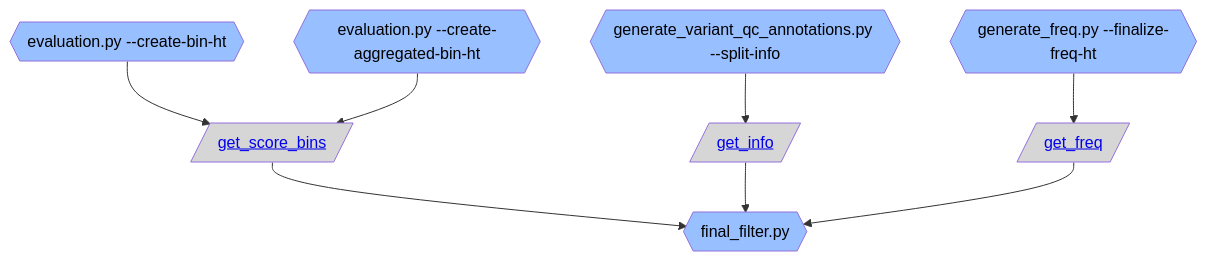
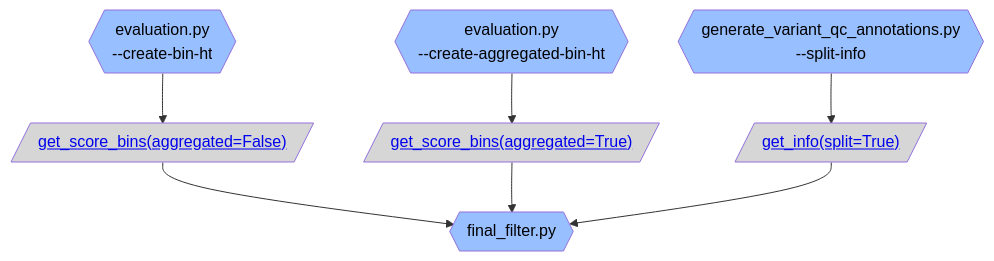
Before and after one commit to broadinstitute/gnomad_qc: the fourth of 5 diagrams in gnomad_qc/v4/variant_qc/README.md, drawn with Mermaid. The commit also changed other lines of this file and 3 other files, not shown here.

````diff
--- a/gnomad_qc/v4/variant_qc/README.md
+++ b/gnomad_qc/v4/variant_qc/README.md
@@ -152,26 +212,27 @@
 ```mermaid
 flowchart TB;
   classDef script_color fill:#2C5D4A,color:#000000
   classDef step_color fill:#98BFFF,color:#000000
   classDef func_color fill:#E0D5E6,color:#000000
   classDef gnomad_methods_color fill:#F9F2CE,color:#000000
   classDef hail_color fill:#FAEACE,color:#000000
   classDef resource_color fill:#D6D6D6,color:#000000
   classDef validity_check_color fill:#2C5D4A,color:#000000
 
-  step_create_bin_ht{{"evaluation.py --create-bin-ht"}}:::step_color;
-  resource_get_score_bins[/"<a href='https://github.com/broadinstitute/gnomad_qc/tree/main/gnomad_qc/v4/resources/variant_qc.py#L156'>get_score_bins</a>"/]:::resource_color;
+  step_create_bin_ht{{"evaluation.py
+--create-bin-ht"}}:::step_color;
+  resource_get_score_bins_aggregated_False[/"<a href='https://github.com/broadinstitute/gnomad_qc/tree/main/gnomad_qc/v4/resources/variant_qc.py#L156'>get_score_bins(aggregated=False)</a>"/]:::resource_color;
   step_final_filter.py{{"final_filter.py"}}:::step_color;
-  step_create_aggregated_bin_ht{{"evaluation.py --create-aggregated-bin-ht"}}:::step_color;
-  step_split_info{{"generate_variant_qc_annotations.py --split-info"}}:::step_color;
-  resource_get_info[/"<a href='https://github.com/broadinstitute/gnomad_qc/tree/main/gnomad_qc/v4/resources/annotations.py#L47'>get_info</a>"/]:::resource_color;
-  step_finalize_freq_ht{{"generate_freq.py --finalize-freq-ht"}}:::step_color;
-  resource_get_freq[/"<a href='https://github.com/broadinstitute/gnomad_qc/tree/main/gnomad_qc/v4/resources/annotations.py#L284'>get_freq</a>"/]:::resource_color;
-  step_create_bin_ht --> resource_get_score_bins;
-  resource_get_score_bins --> step_final_filter.py;
-  step_create_aggregated_bin_ht --> resource_get_score_bins;
-  step_split_info --> resource_get_info;
-  resource_get_info --> step_final_filter.py;
-  step_finalize_freq_ht --> resource_get_freq;
-  resource_get_freq --> step_final_filter.py;
+  step_create_aggregated_bin_ht{{"evaluation.py
+--create-aggregated-bin-ht"}}:::step_color;
+  resource_get_score_bins_aggregated_True[/"<a href='https://github.com/broadinstitute/gnomad_qc/tree/main/gnomad_qc/v4/resources/variant_qc.py#L156'>get_score_bins(aggregated=True)</a>"/]:::resource_color;
+  step_split_info{{"generate_variant_qc_annotations.py
+--split-info"}}:::step_color;
+  resource_get_info_split_True[/"<a href='https://github.com/broadinstitute/gnomad_qc/tree/main/gnomad_qc/v4/resources/annotations.py#L47'>get_info(split=True)</a>"/]:::resource_color;
+  step_create_bin_ht --> resource_get_score_bins_aggregated_False;
+  resource_get_score_bins_aggregated_False --> step_final_filter.py;
+  step_create_aggregated_bin_ht --> resource_get_score_bins_aggregated_True;
+  resource_get_score_bins_aggregated_True --> step_final_filter.py;
+  step_split_info --> resource_get_info_split_True;
+  resource_get_info_split_True --> step_final_filter.py;
 ```
````
